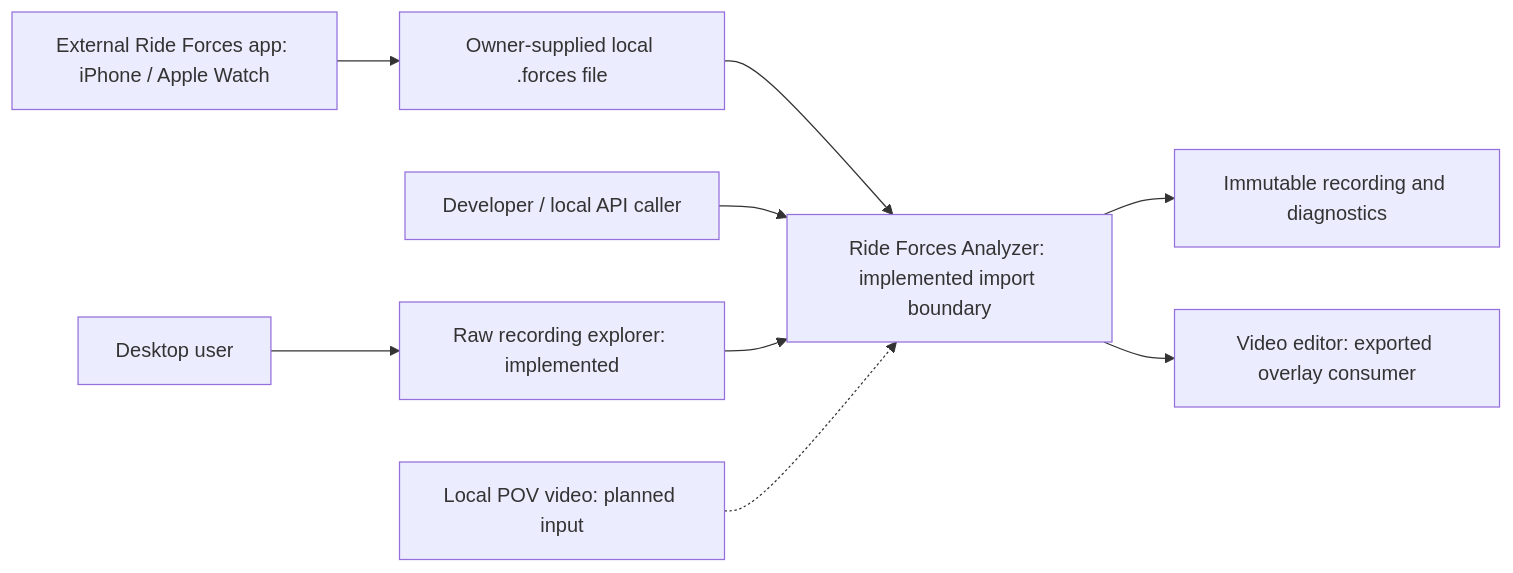
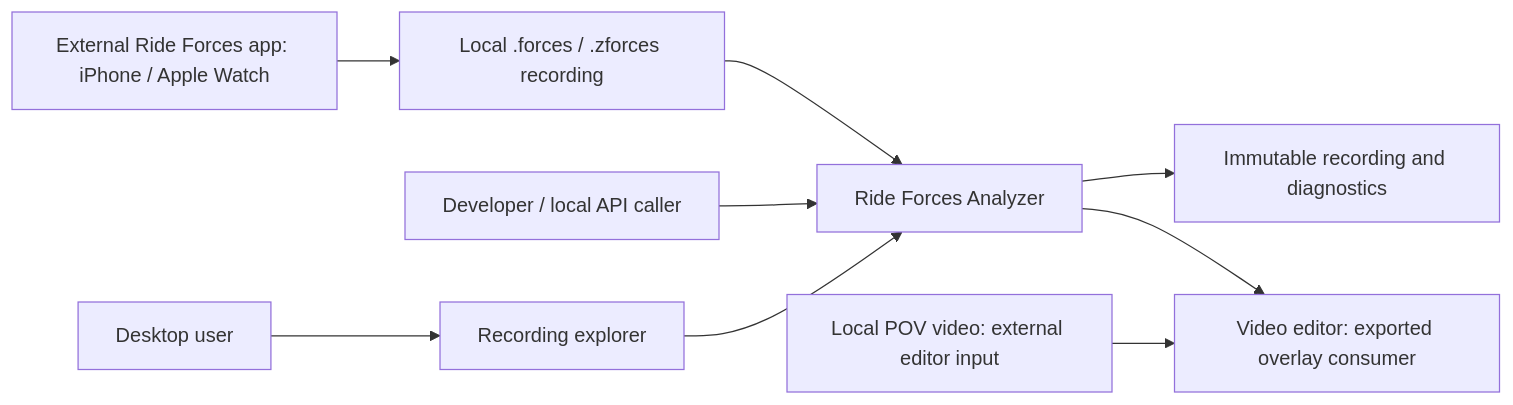
One commit to rudnerbjoern/ride-forces-analyzer changed the diagram in docs/architecture/03_context_and_scope.md. Above: the diagram before and after it, drawn with Mermaid. The commit also changed other lines of this file and 39 other files, not shown here.

````diff
--- a/docs/architecture/03_context_and_scope.md
+++ b/docs/architecture/03_context_and_scope.md
@@ -24,20 +24,20 @@
 ```mermaid
 flowchart LR
     Capture["External Ride Forces app: iPhone / Apple Watch"]
-    Original["Owner-supplied local .forces file"]
+    Original["Local .forces / .zforces recording"]
     Caller["Developer / local API caller"]
-    Analyzer["Ride Forces Analyzer: implemented import boundary"]
+    Analyzer["Ride Forces Analyzer"]
     Result["Immutable recording and diagnostics"]
     Desktop["Desktop user"]
-    Window["Raw recording explorer: implemented"]
-    Video["Local POV video: planned input"]
+    Window["Recording explorer"]
+    Video["Local POV video: external editor input"]
     Editor["Video editor: exported overlay consumer"]
     Capture --> Original
     Original --> Analyzer
     Caller --> Analyzer
     Analyzer --> Result
     Desktop --> Window
     Window --> Analyzer
-    Video -.-> Analyzer
+    Video --> Editor
     Analyzer --> Editor
 ```
````
